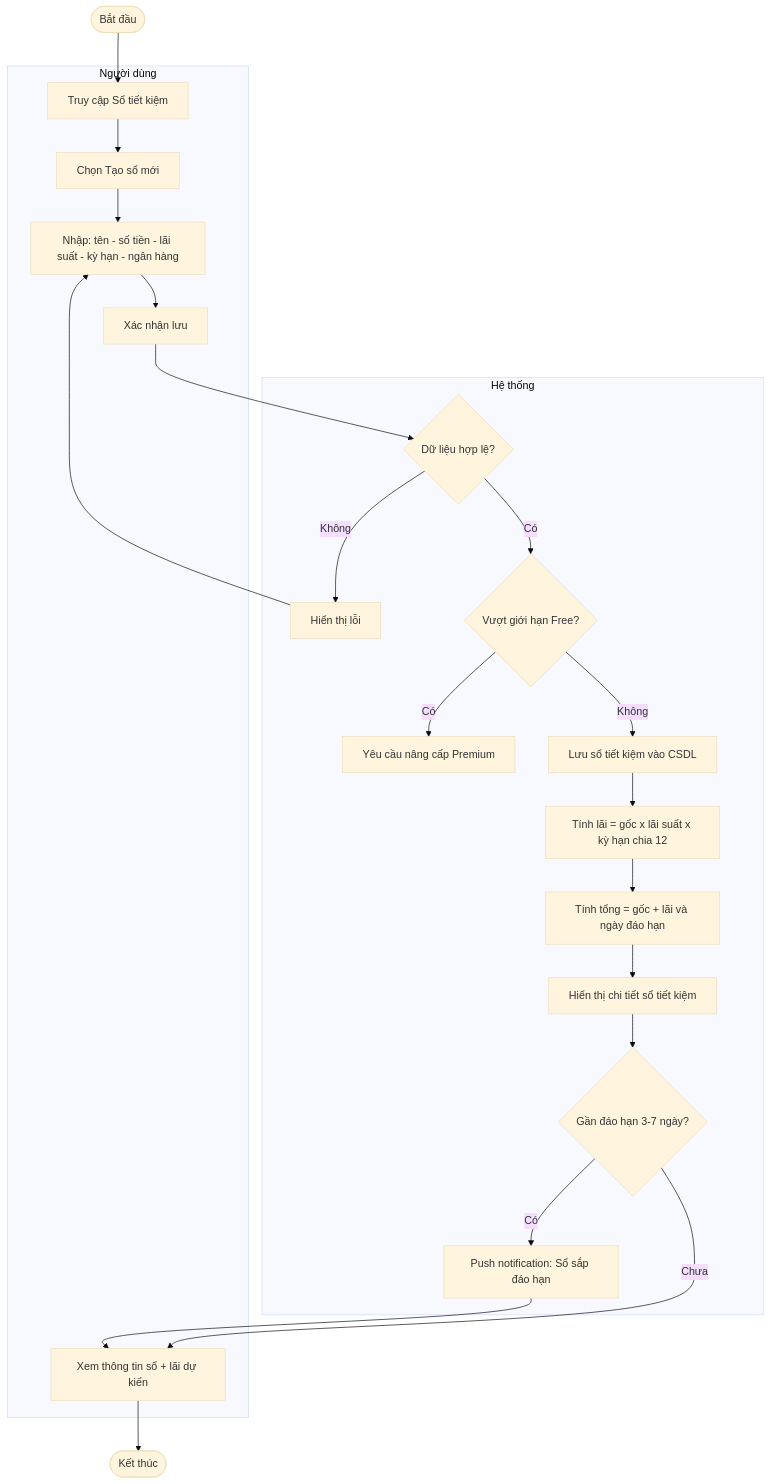
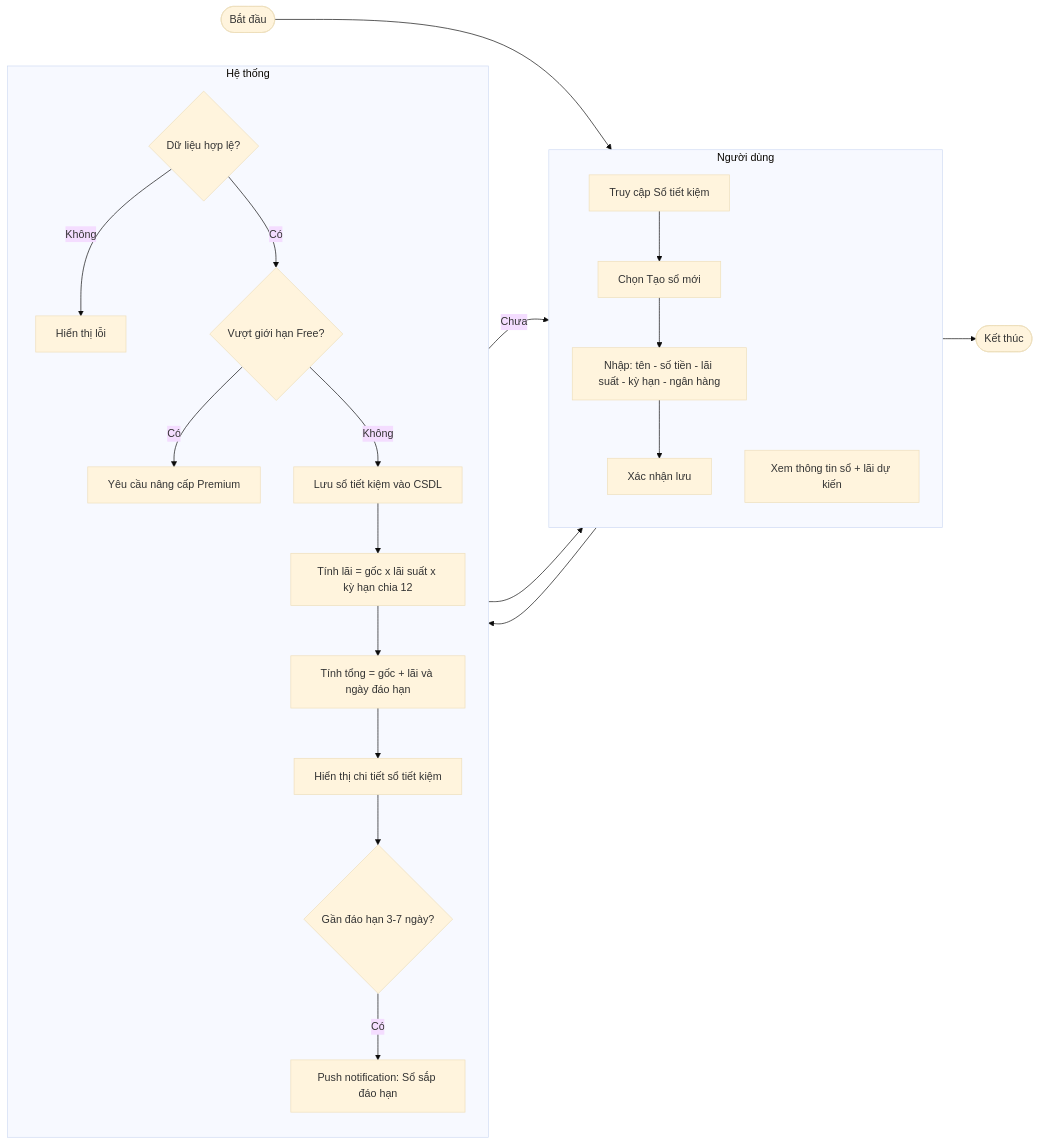
Before and after one commit to Hieu-vn/Graduation-Thesis: the eighth of 10 diagrams in Nghiên cứu MISA MoneyKeeper.md, drawn with Mermaid (base theme). The commit also changed other lines of this file, not shown here.

````diff
--- a/Nghiên cứu MISA MoneyKeeper.md
+++ b/Nghiên cứu MISA MoneyKeeper.md
@@ -421,45 +435,47 @@
 ```mermaid
-flowchart TD
+flowchart LR
     A([Bắt đầu])
 
     subgraph NguoiDung["Người dùng"]
+        direction TB
         B[Truy cập Sổ tiết kiệm]
         C[Chọn Tạo sổ mới]
         D[Nhập: tên - số tiền - lãi suất - kỳ hạn - ngân hàng]
         E[Xác nhận lưu]
         K[Xem thông tin sổ + lãi dự kiến]
     end
 
     subgraph HeThong["Hệ thống"]
+        direction TB
         F{Dữ liệu hợp lệ?}
         F2[Hiển thị lỗi]
         G{Vượt giới hạn Free?}
         G2[Yêu cầu nâng cấp Premium]
         H[Lưu sổ tiết kiệm vào CSDL]
         I[Tính lãi = gốc x lãi suất x kỳ hạn chia 12]
         I2[Tính tổng = gốc + lãi và ngày đáo hạn]
         I3[Hiển thị chi tiết sổ tiết kiệm]
         J{Gần đáo hạn 3-7 ngày?}
         J2[Push notification: Sổ sắp đáo hạn]
     end
 
     L([Kết thúc])
 
     A --> B
     B --> C
     C --> D
     D --> E
     E --> F
-    F -->|Không| F2 --> D
+    F -->|Không| F2
     F -->|Có| G
     G -->|Có| G2
     G -->|Không| H
     H --> I
     I --> I2
     I2 --> I3
     I3 --> J
     J -->|Có| J2
     J -->|Chưa| K
     J2 --> K
     K --> L
 ```
````
